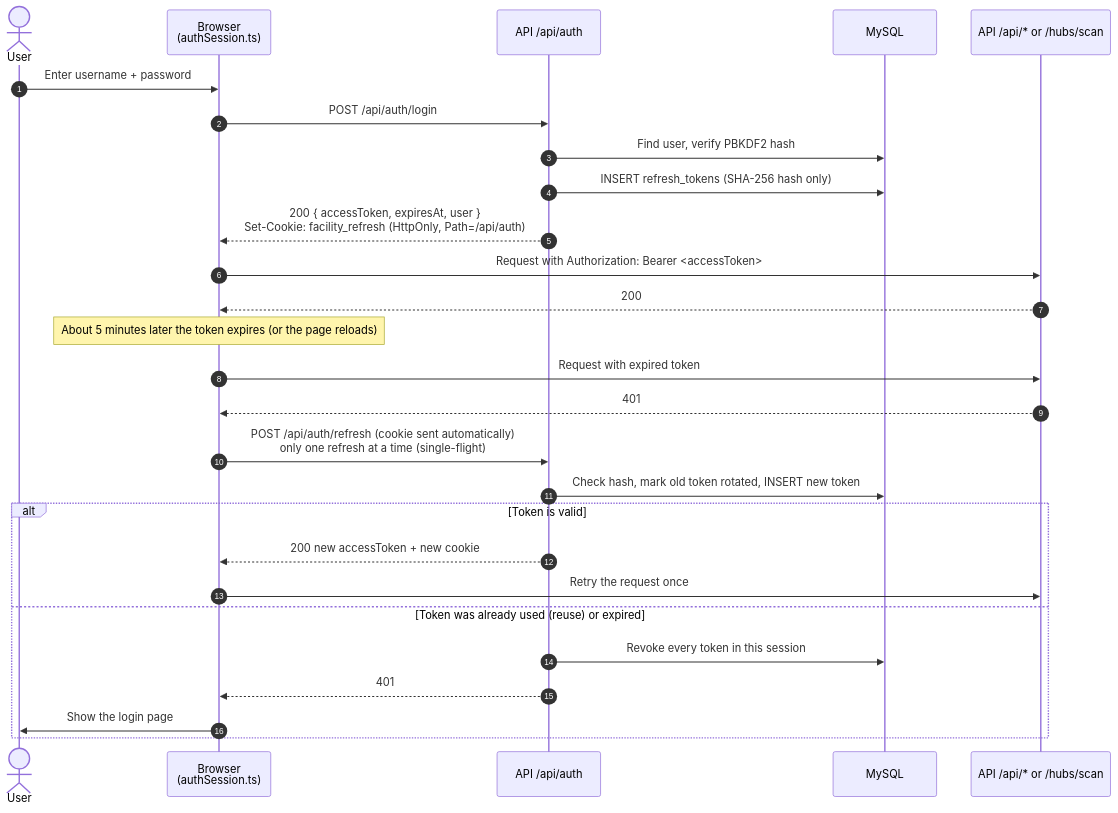
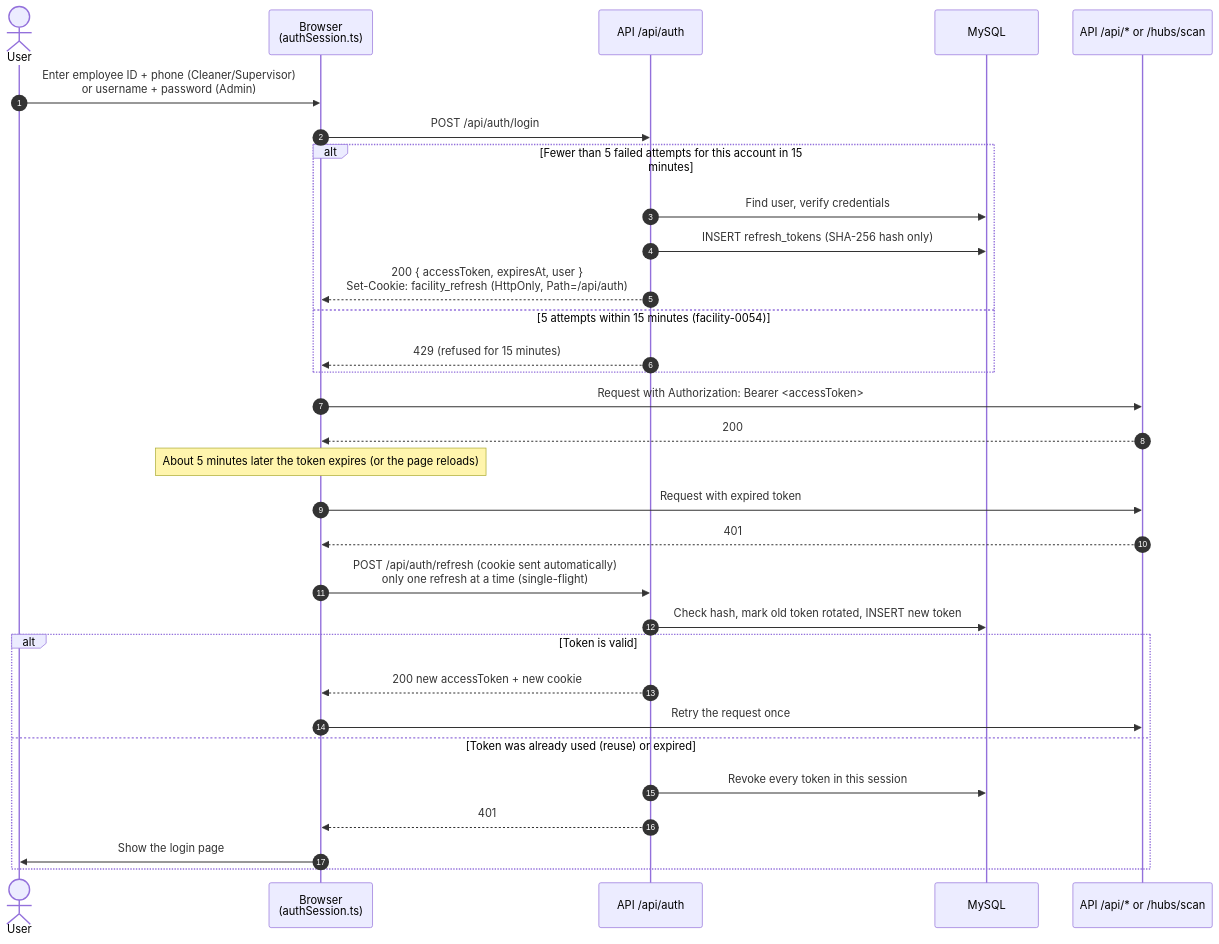
Before and after one commit to ThodsaphonSonthiphin/Facility-Real-time-dashboard: the fifth of 6 diagrams in docs/architecture.md, drawn with Mermaid. The commit also changed other lines of this file and 3 other files, not shown here.

Commit message:
docs: pilot-schema reset, Admin-only Dashboard and login limit in README and architecture; pin Admin scanning

````diff
--- a/docs/architecture.md
+++ b/docs/architecture.md
@@ -219,33 +219,37 @@
 ```mermaid
 sequenceDiagram
     autonumber
     actor User
     participant FE as Browser<br/>(authSession.ts)
     participant Auth as API /api/auth
     participant DB as MySQL
     participant Api as API /api/* or /hubs/scan
 
-    User->>FE: Enter username + password
+    User->>FE: Enter employee ID + phone (Cleaner/Supervisor)<br/>or username + password (Admin)
     FE->>Auth: POST /api/auth/login
-    Auth->>DB: Find user, verify PBKDF2 hash
-    Auth->>DB: INSERT refresh_tokens (SHA-256 hash only)
-    Auth-->>FE: 200 { accessToken, expiresAt, user }<br/>Set-Cookie: facility_refresh (HttpOnly, Path=/api/auth)
+    alt Fewer than 5 failed attempts for this account in 15 minutes
+        Auth->>DB: Find user, verify credentials
+        Auth->>DB: INSERT refresh_tokens (SHA-256 hash only)
+        Auth-->>FE: 200 { accessToken, expiresAt, user }<br/>Set-Cookie: facility_refresh (HttpOnly, Path=/api/auth)
+    else 5 attempts within 15 minutes (facility-0054)
+        Auth-->>FE: 429 (refused for 15 minutes)
+    end
 
     FE->>Api: Request with Authorization: Bearer <accessToken>
     Api-->>FE: 200
 
     Note over FE: About 5 minutes later the token expires (or the page reloads)
 
     FE->>Api: Request with expired token
     Api-->>FE: 401
     FE->>Auth: POST /api/auth/refresh (cookie sent automatically)<br/>only one refresh at a time (single-flight)
     Auth->>DB: Check hash, mark old token rotated, INSERT new token
     alt Token is valid
         Auth-->>FE: 200 new accessToken + new cookie
         FE->>Api: Retry the request once
     else Token was already used (reuse) or expired
         Auth->>DB: Revoke every token in this session
         Auth-->>FE: 401
         FE->>User: Show the login page
     end
 ```
````
